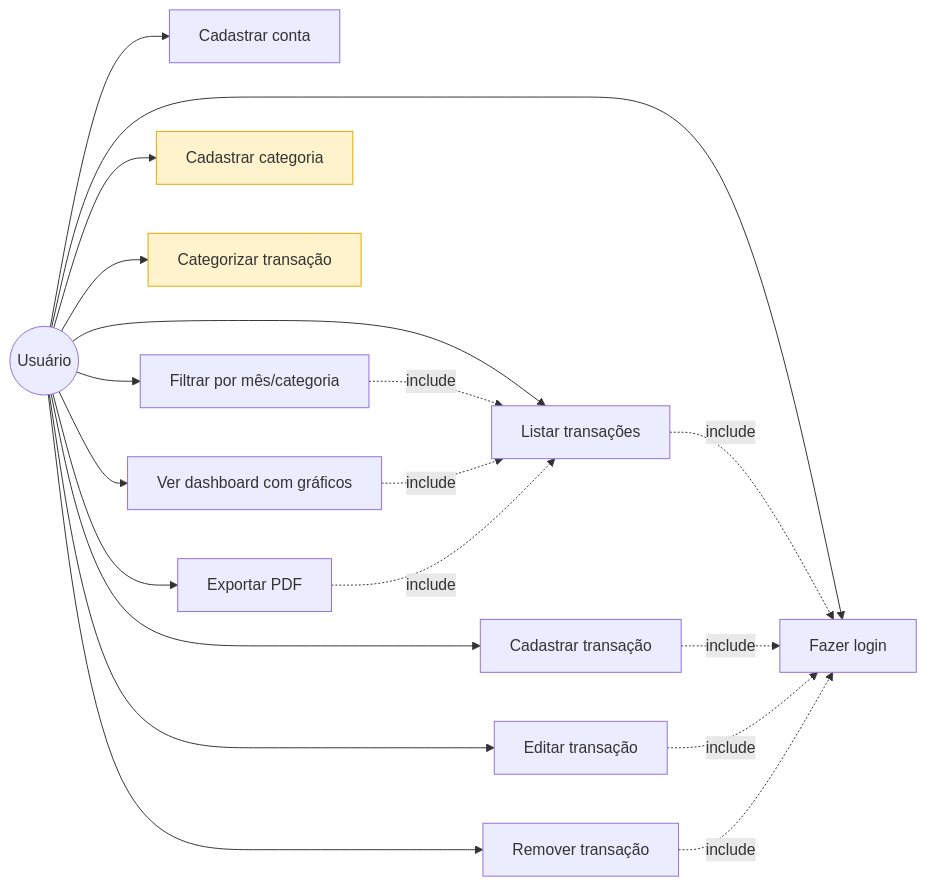
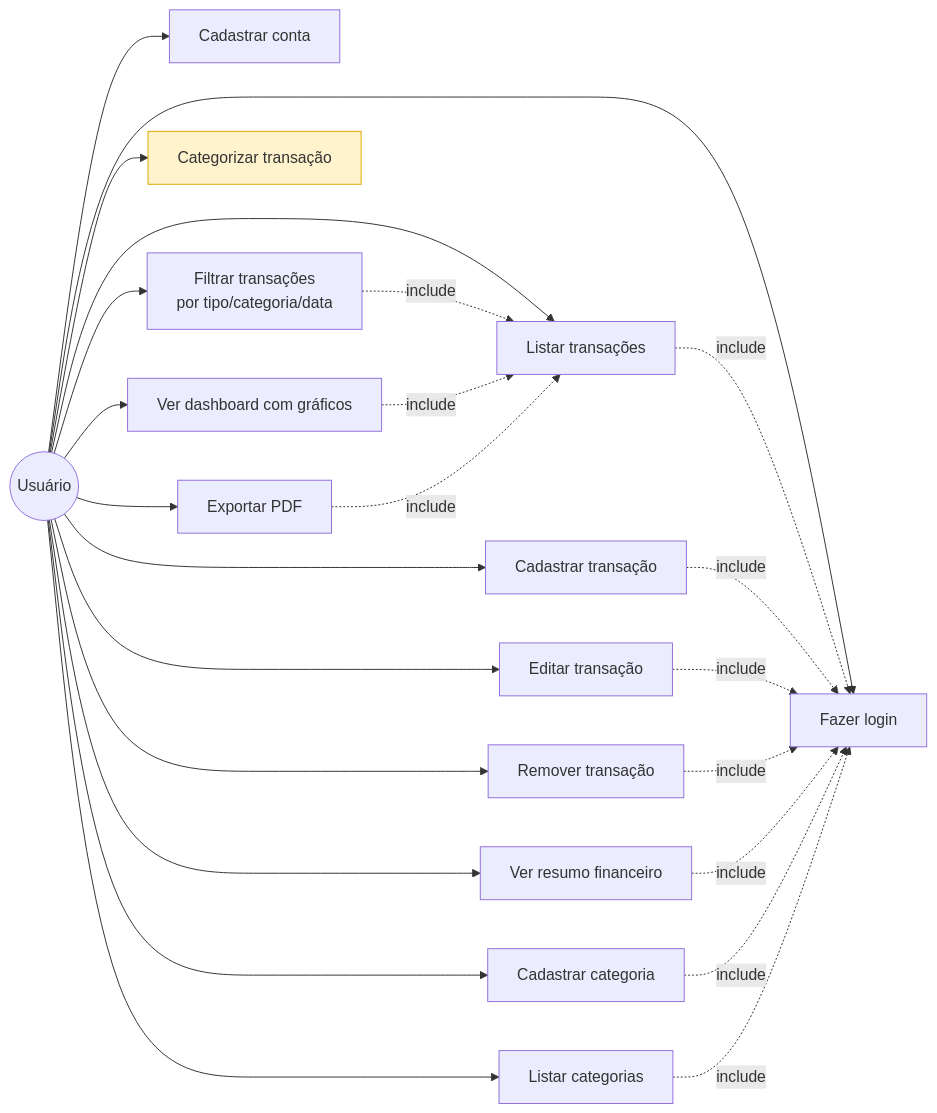
One commit to Beloeser/EngSoftware01_FinancasPessoais changed the diagram in docs/uml/1-casos-de-uso.mmd. Above: the diagram before and after it, drawn with Mermaid. The commit also changed 7 other files, not shown here.

First line of the commit message:
docs: alinha diagramas UML ao estado atual do backend

```diff
--- a/docs/uml/1-casos-de-uso.mmd
+++ b/docs/uml/1-casos-de-uso.mmd
@@ -1,24 +1,29 @@
 graph LR
     User((Usuário))
 
     User --> UC1[Cadastrar conta]
     User --> UC2[Fazer login]
     User --> UC3[Listar transações]
     User --> UC4[Cadastrar transação]
     User --> UC5[Editar transação]
     User --> UC6[Remover transação]
-    User --> UC7[Filtrar por mês/categoria]
-    User --> UC8[Cadastrar categoria]:::client
-    User --> UC9[Categorizar transação]:::client
-    User --> UC10[Ver dashboard com gráficos]
-    User --> UC11[Exportar PDF]
+    User --> UC7[Filtrar transações<br/>por tipo/categoria/data]
+    User --> UC8[Ver resumo financeiro]
+    User --> UC9[Cadastrar categoria]
+    User --> UC10[Listar categorias]
+    User --> UC11[Categorizar transação]:::pending
+    User --> UC12[Ver dashboard com gráficos]
+    User --> UC13[Exportar PDF]
 
     UC3 -.->|include| UC2
     UC4 -.->|include| UC2
     UC5 -.->|include| UC2
     UC6 -.->|include| UC2
     UC7 -.->|include| UC3
-    UC10 -.->|include| UC3
-    UC11 -.->|include| UC3
+    UC8 -.->|include| UC2
+    UC9 -.->|include| UC2
+    UC10 -.->|include| UC2
+    UC12 -.->|include| UC3
+    UC13 -.->|include| UC3
 
-    classDef client fill:#fff3cd,stroke:#e0a800,color:#333
+    classDef pending fill:#fff3cd,stroke:#e0a800,color:#333
```
